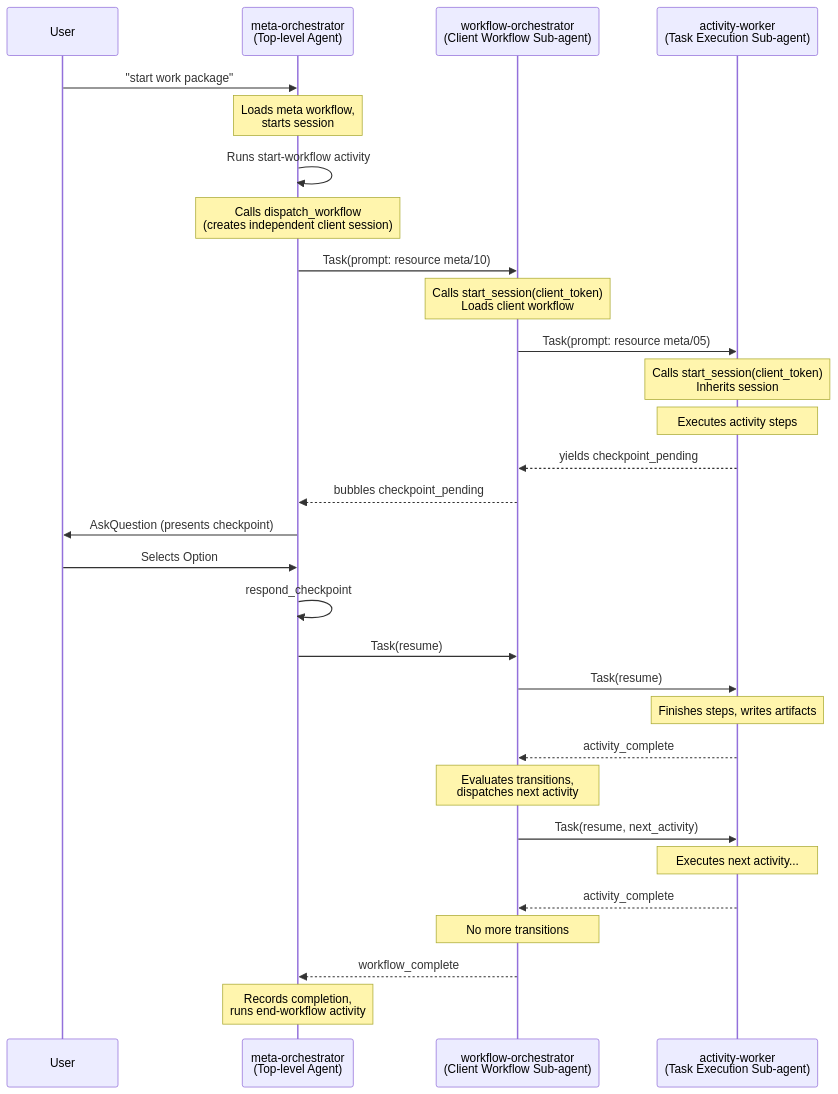
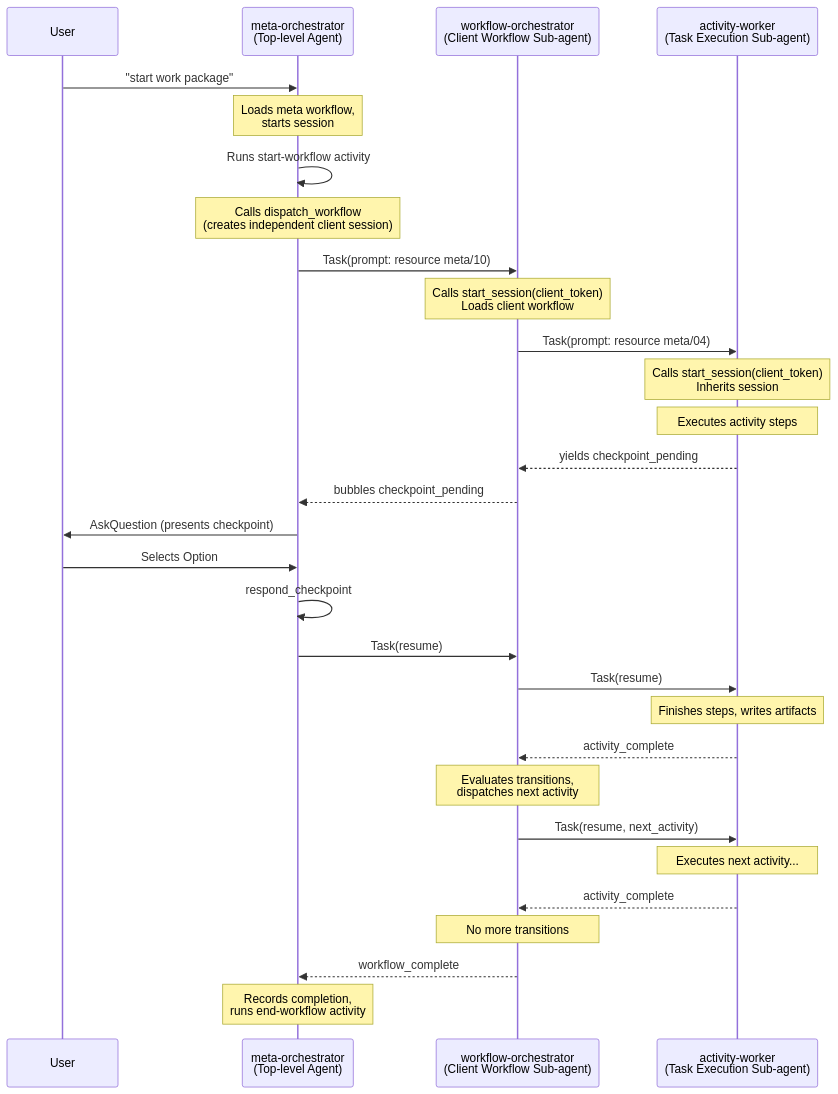
One commit to m2ux/workflow-server changed the first of 5 diagrams in meta/README.md. Above: the diagram before and after it, drawn with Mermaid. The commit also changed 14 other files, not shown here.

First line of the commit message:
docs(meta): update hardcoded resource indices following re-enumeration

````diff
--- a/meta/README.md
+++ b/meta/README.md
@@ -18,43 +18,43 @@
 ```mermaid
 sequenceDiagram
     participant User
     participant Meta as meta-orchestrator<br/>(Top-level Agent)
     participant Client as workflow-orchestrator<br/>(Client Workflow Sub-agent)
     participant Worker as activity-worker<br/>(Task Execution Sub-agent)
 
     User->>Meta: "start work package"
     Note over Meta: Loads meta workflow,<br/>starts session
     Meta->>Meta: Runs start-workflow activity
 
     Note over Meta: Calls dispatch_workflow<br/>(creates independent client session)
     Meta->>Client: Task(prompt: resource meta/10)
 
     Note over Client: Calls start_session(client_token)<br/>Loads client workflow
     
-    Client->>Worker: Task(prompt: resource meta/05)
+    Client->>Worker: Task(prompt: resource meta/04)
     Note over Worker: Calls start_session(client_token)<br/>Inherits session
     
     Note over Worker: Executes activity steps
 
     Worker-->>Client: yields checkpoint_pending
     Client-->>Meta: bubbles checkpoint_pending
     Meta->>User: AskQuestion (presents checkpoint)
     User->>Meta: Selects Option
     Meta->>Meta: respond_checkpoint
     
     Meta->>Client: Task(resume)
     Client->>Worker: Task(resume)
     
     Note over Worker: Finishes steps, writes artifacts
     Worker-->>Client: activity_complete
 
     Note over Client: Evaluates transitions,<br/>dispatches next activity
     
     Client->>Worker: Task(resume, next_activity)
     Note over Worker: Executes next activity...
     Worker-->>Client: activity_complete
     
     Note over Client: No more transitions
     Client-->>Meta: workflow_complete
     Note over Meta: Records completion,<br/>runs end-workflow activity
 ```
````
